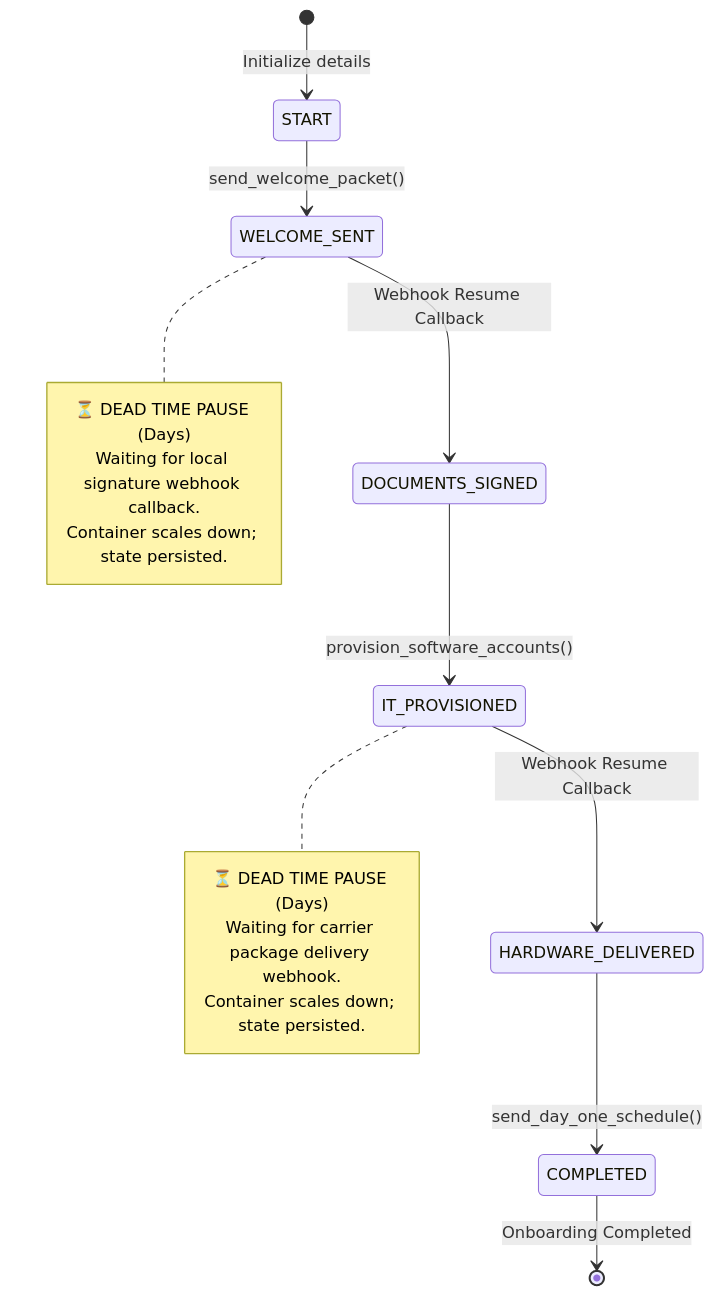
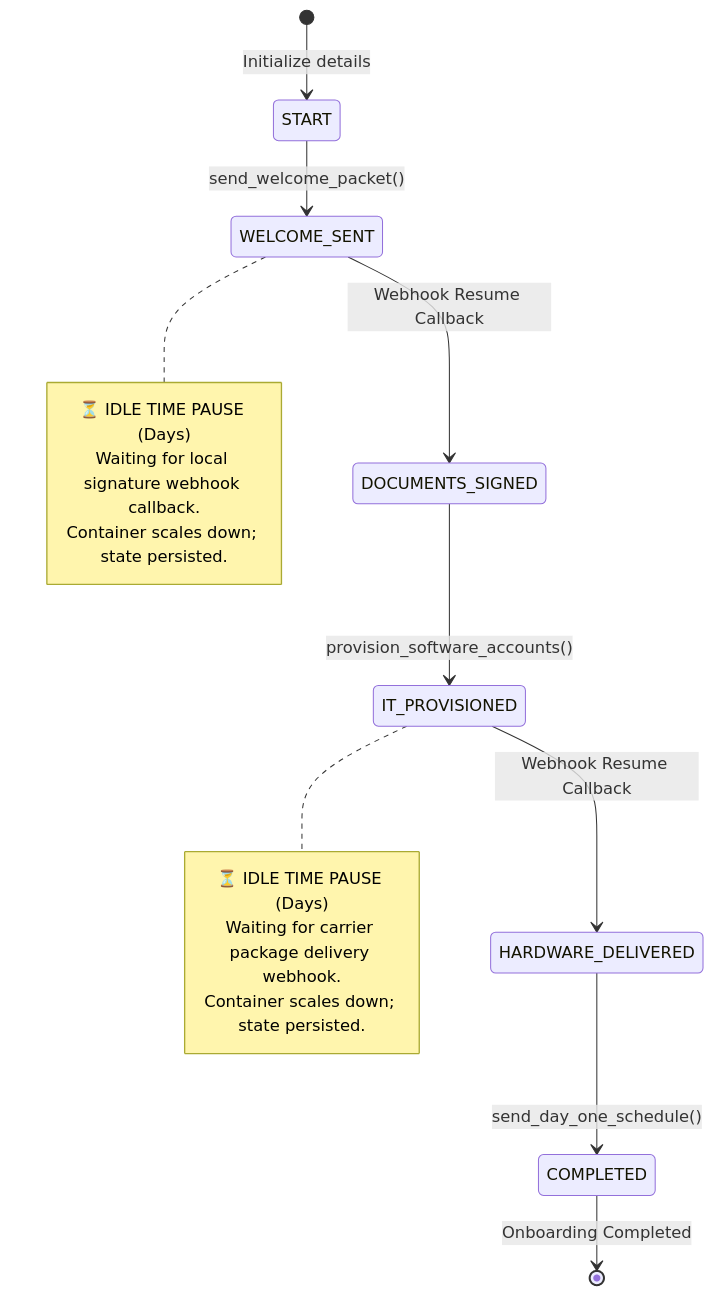
The diagram in agents/adk/new-hire-onboarding/README.md (GoogleCloudPlatform/generative-ai), drawn with Mermaid before and after one commit. The commit also changed other lines of this file and 3 other files, not shown here.

````diff
--- a/agents/adk/new-hire-onboarding/README.md
+++ b/agents/adk/new-hire-onboarding/README.md
@@ -101,26 +101,26 @@
 ```mermaid
 stateDiagram-v2
     [*] --> START : Initialize details
     START --> WELCOME_SENT : send_welcome_packet()
 
     state "WELCOME_SENT" as WELCOME_SENT
     note right of WELCOME_SENT
-        ⏳ DEAD TIME PAUSE (Days)
+        ⏳ IDLE TIME PAUSE (Days)
         Waiting for local signature webhook callback.
         Container scales down; state persisted.
     end note
 
     WELCOME_SENT --> DOCUMENTS_SIGNED : Webhook Resume Callback
     DOCUMENTS_SIGNED --> IT_PROVISIONED : provision_software_accounts()
 
     state "IT_PROVISIONED" as IT_PROVISIONED
     note right of IT_PROVISIONED
-        ⏳ DEAD TIME PAUSE (Days)
+        ⏳ IDLE TIME PAUSE (Days)
         Waiting for carrier package delivery webhook.
         Container scales down; state persisted.
     end note
 
     IT_PROVISIONED --> HARDWARE_DELIVERED : Webhook Resume Callback
     HARDWARE_DELIVERED --> COMPLETED : send_day_one_schedule()
     COMPLETED --> [*] : Onboarding Completed
 ```
````
